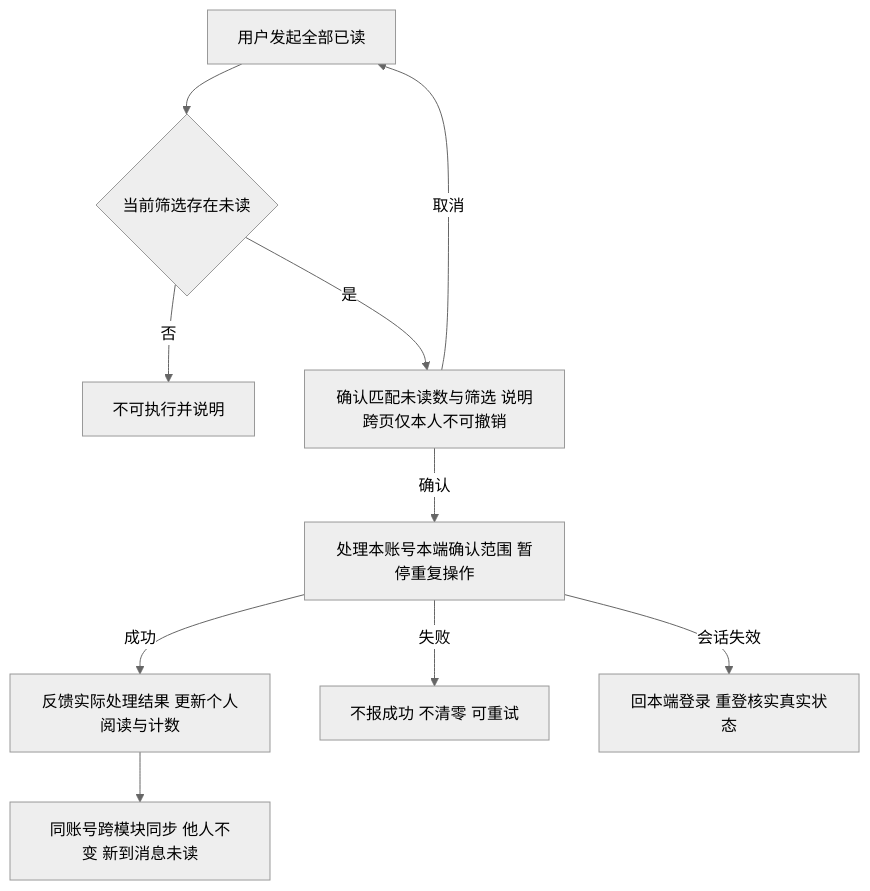
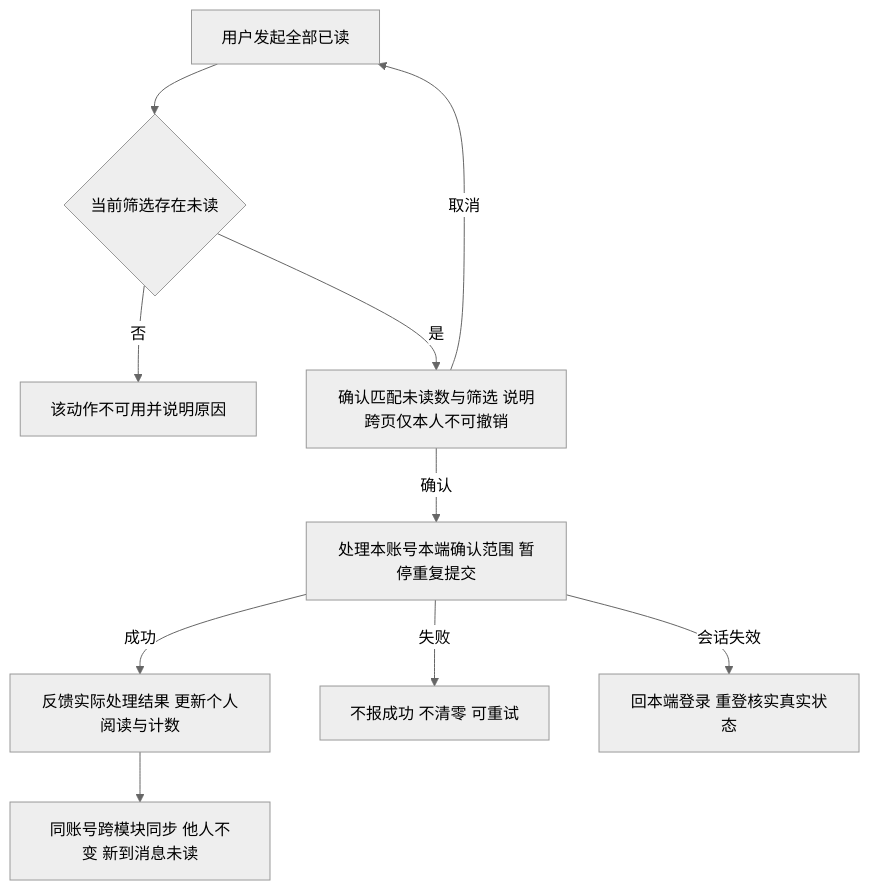
Before and after one commit to wxblockchain/Chain-Financing: the fourth of 7 diagrams in lending-platform/PRD/v1.0-运营端消息通知/02-运营端消息通知-流程图与状态机.md, drawn with Mermaid (neutral theme). The commit also changed other lines of this file and 4 other files, not shown here.

````diff
--- a/lending-platform/PRD/v1.0-运营端消息通知/02-运营端消息通知-流程图与状态机.md
+++ b/lending-platform/PRD/v1.0-运营端消息通知/02-运营端消息通知-流程图与状态机.md
@@ -99,12 +99,12 @@
 ```mermaid
 flowchart TD
     A[用户发起全部已读] --> B{当前筛选存在未读}
-    B -->|否| C[不可执行并说明]
+    B -->|否| C[该动作不可用并说明原因]
     B -->|是| D[确认匹配未读数与筛选 说明跨页仅本人不可撤销]
     D -->|取消| A
-    D -->|确认| E[处理本账号本端确认范围 暂停重复操作]
+    D -->|确认| E[处理本账号本端确认范围 暂停重复提交]
     E -->|成功| F[反馈实际处理结果 更新个人阅读与计数]
     E -->|失败| G[不报成功 不清零 可重试]
     E -->|会话失效| H[回本端登录 重登核实真实状态]
     F --> I[同账号跨模块同步 他人不变 新到消息未读]
 ```
````
